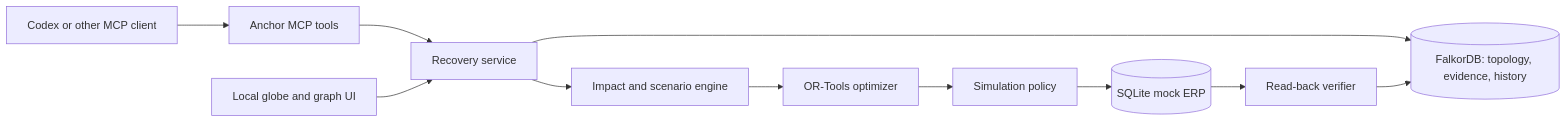
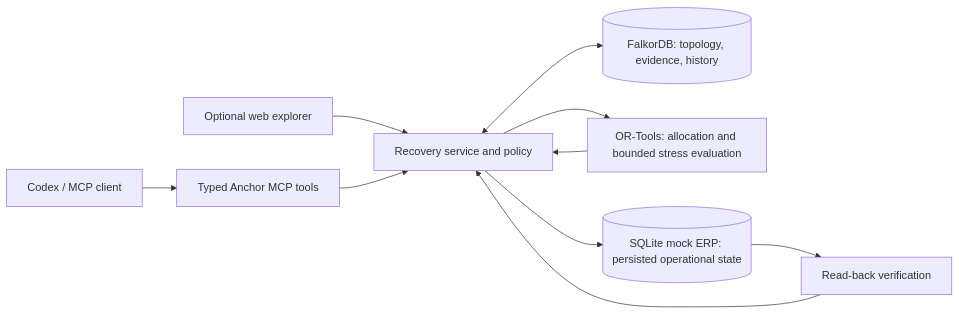
One commit to ChristopherJoshy/Anchor-GraphHacks changed the fourth of 4 diagrams in README.md. Above: the diagram before and after it, drawn with Mermaid. The commit also changed other lines of this file and 19 other files, not shown here.

````diff
--- a/README.md
+++ b/README.md
@@ -92,13 +253,12 @@
 ```mermaid
 flowchart LR
-  Agent[Codex or other MCP client] --> MCP[Anchor MCP tools]
-  MCP --> Svc[Recovery service]
-  Svc --> Graph[(FalkorDB: topology, evidence, history)]
-  Svc --> Sim[Impact and scenario engine]
-  Sim --> Opt[OR-Tools optimizer]
-  Opt --> Policy[Simulation policy]
-  Policy --> ERP[(SQLite mock ERP)]
-  ERP --> Verify[Read-back verifier]
-  Verify --> Graph
-  UI[Local globe and graph UI] --> Svc
+  Agent["Codex / MCP client"] --> Tools["Typed Anchor MCP tools"]
+  Web["Optional web explorer"] --> Service["Recovery service and policy"]
+  Tools --> Service
+  Service <--> Graph[("FalkorDB: topology, evidence, history")]
+  Service --> Solver["OR-Tools: allocation and bounded stress evaluation"]
+  Solver --> Service
+  Service --> ERP[("SQLite mock ERP: persisted operational state")]
+  ERP --> Verify["Read-back verification"]
+  Verify --> Service
 ```
````
